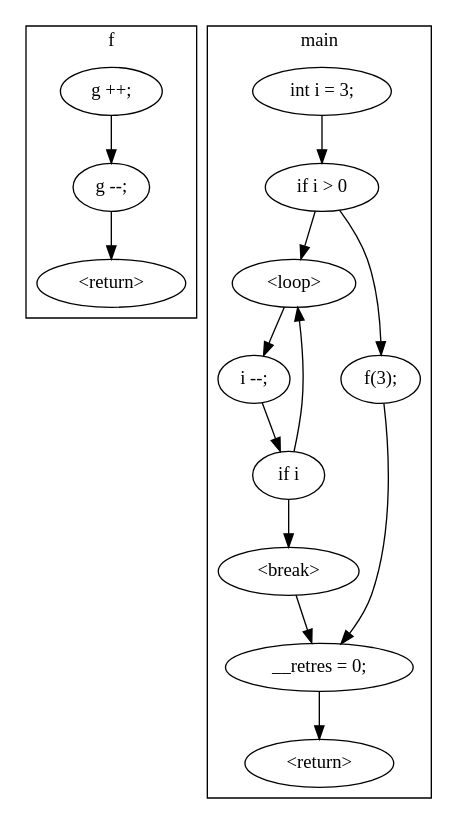
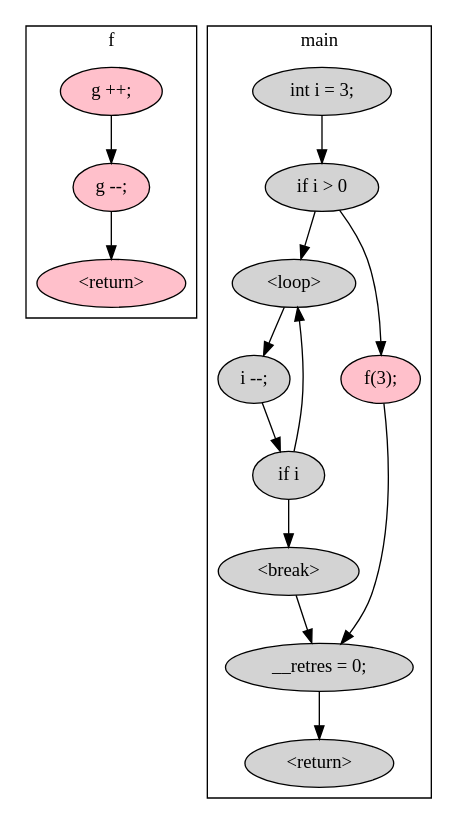
One commit to kidq330/dataflow-coverage changed the diagram in cfg.dot. Above: the diagram before and after it, drawn with Graphviz. The commit also changed 2 other files, not shown here.

```diff
--- a/cfg.dot
+++ b/cfg.dot
@@ -1,10 +1,16 @@
 digraph cfg {
-  subgraph cluster_f {  graph [label="f"];  s1 [label="g ++;"]; s1 -> s2; 
-   s2 [label="g --;"]; s2 -> s16;  s16 [label="<return>"]; }
-subgraph cluster_main {  graph [label="main"];  s5 [label="int i = 3;"];
-  s5 -> s7;  s7 [label="if i > 0"]; s7 -> s8; s7 -> s13;
- s8 [label="<loop>"]; s8 -> s9;  s9 [label="i --;"]; s9 -> s10;
- s10 [label="if i"]; s10 -> s8; s10 -> s11;  s11 [label="<break>"];
-s11 -> s14;  s13 [label="f(3);"]; s13 -> s14;  s14 [label="__retres = 0;"];
-s14 -> s18;  s18 [label="<return>"]; }
+  subgraph cluster_f {  graph [label="f"];
+    s1 [label="g ++;" fillcolor=pink style=filled]; s1 -> s2; s2
+                                                              [label="g --;" fillcolor=pink style=filled];
+  s2 -> s16; s16 [label="<return>" fillcolor=pink style=filled]; }
+subgraph cluster_main {  graph [label="main"];
+  s5 [label="int i = 3;" fillcolo="#CCFFCC" style=filled]; s5 -> s7; 
+s7 [label="if i > 0" fillcolo="#CCFFCC" style=filled]; s7 -> s8; s7 -> s13;
+s8 [label="<loop>" fillcolo="#CCFFCC" style=filled]; s8 -> s9;
+s9 [label="i --;" fillcolo="#CCFFCC" style=filled]; s9 -> s10;
+s10 [label="if i" fillcolo="#CCFFCC" style=filled]; s10 -> s8; s10 -> s11;
+s11 [label="<break>" fillcolo="#CCFFCC" style=filled]; s11 -> s14;
+s13 [label="f(3);" fillcolor=pink style=filled]; s13 -> s14;
+s14 [label="__retres = 0;" fillcolo="#CCFFCC" style=filled]; s14 -> s18;
+s18 [label="<return>" fillcolo="#CCFFCC" style=filled]; }
 }
```
